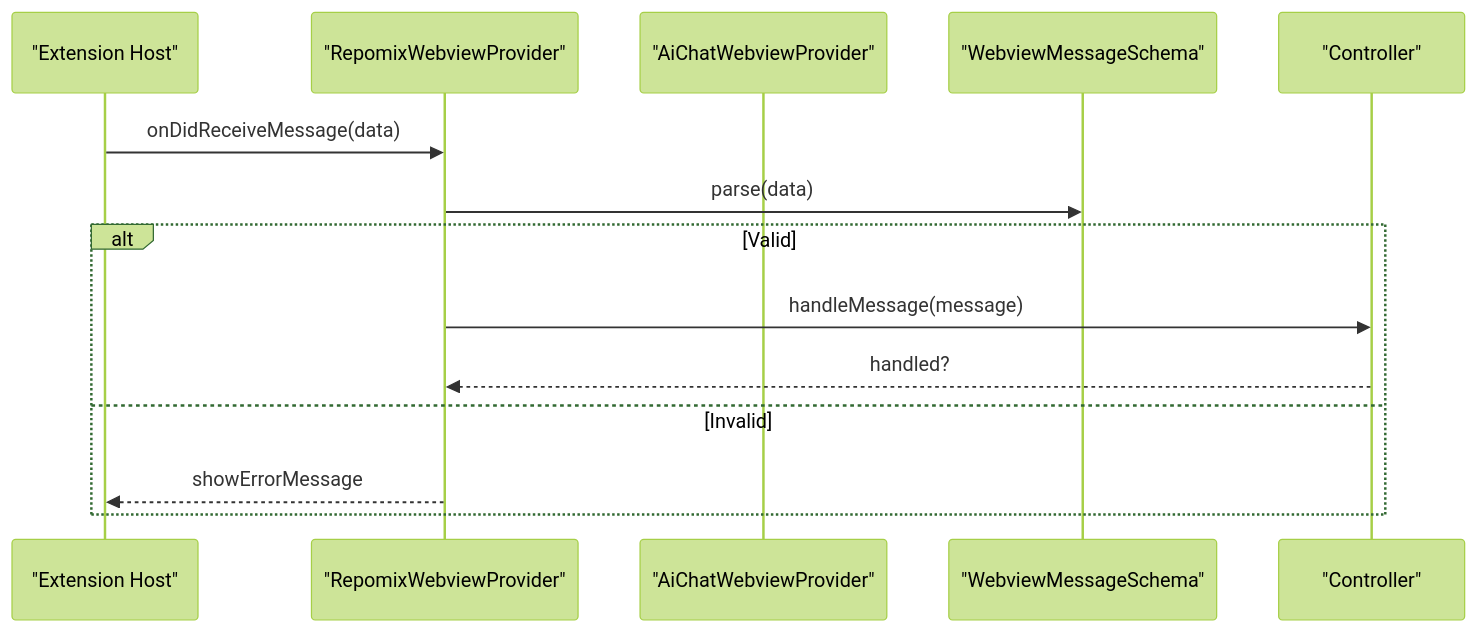
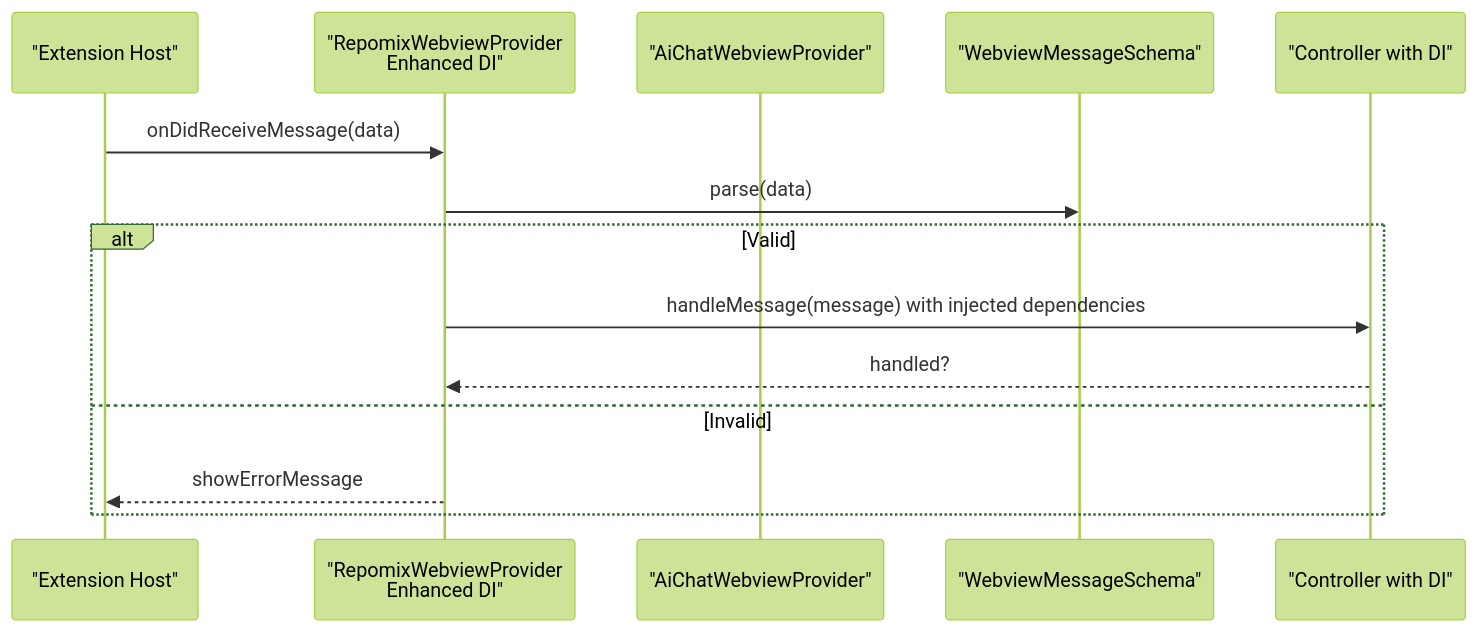
One commit to bramburn/repomix-runner changed the fifth of 18 diagrams in .qoder/repowiki/en/content/Webview Interface/Webview Interface.md. Above: the diagram before and after it, drawn with Mermaid (forest theme). The commit also changed other lines of this file and 27 other files, not shown here.

````diff
--- a/.qoder/repowiki/en/content/Webview Interface/Webview Interface.md
+++ b/.qoder/repowiki/en/content/Webview Interface/Webview Interface.md
@@ -366,16 +468,16 @@
 ```mermaid
 sequenceDiagram
 participant EXT as "Extension Host"
-participant RPV as "RepomixWebviewProvider"
+participant RPV as "RepomixWebviewProvider<br/>Enhanced DI"
 participant AICHPV as "AiChatWebviewProvider"
 participant SCHEMA as "WebviewMessageSchema"
-participant CTRL as "Controller"
+participant CTRL as "Controller with DI"
 EXT->>RPV : onDidReceiveMessage(data)
 RPV->>SCHEMA : parse(data)
 alt Valid
-RPV->>CTRL : handleMessage(message)
+RPV->>CTRL : handleMessage(message) with injected dependencies
 CTRL-->>RPV : handled?
 else Invalid
 RPV-->>EXT : showErrorMessage
 end
 ```
````
